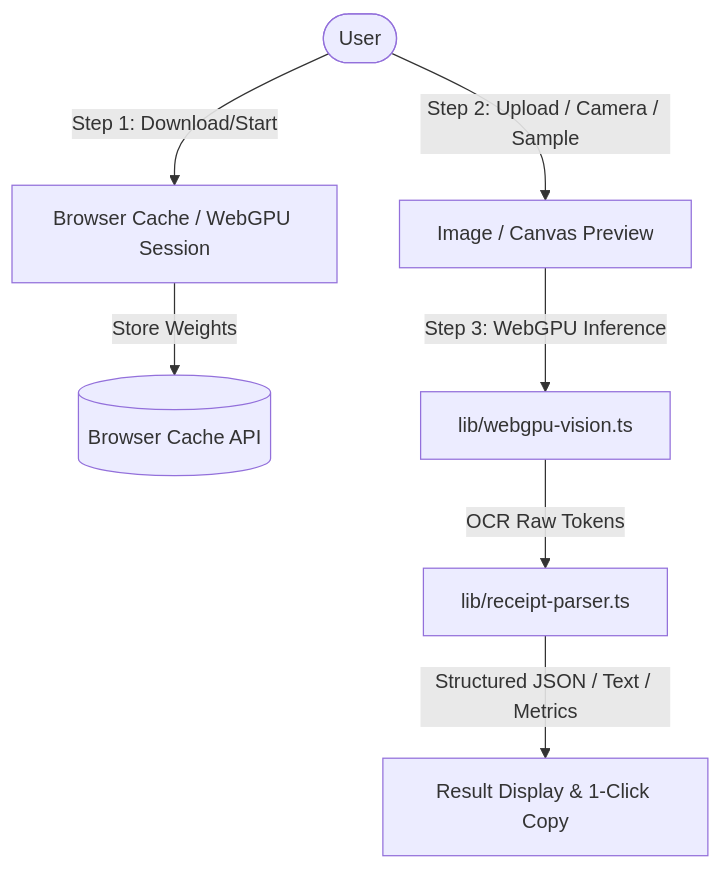
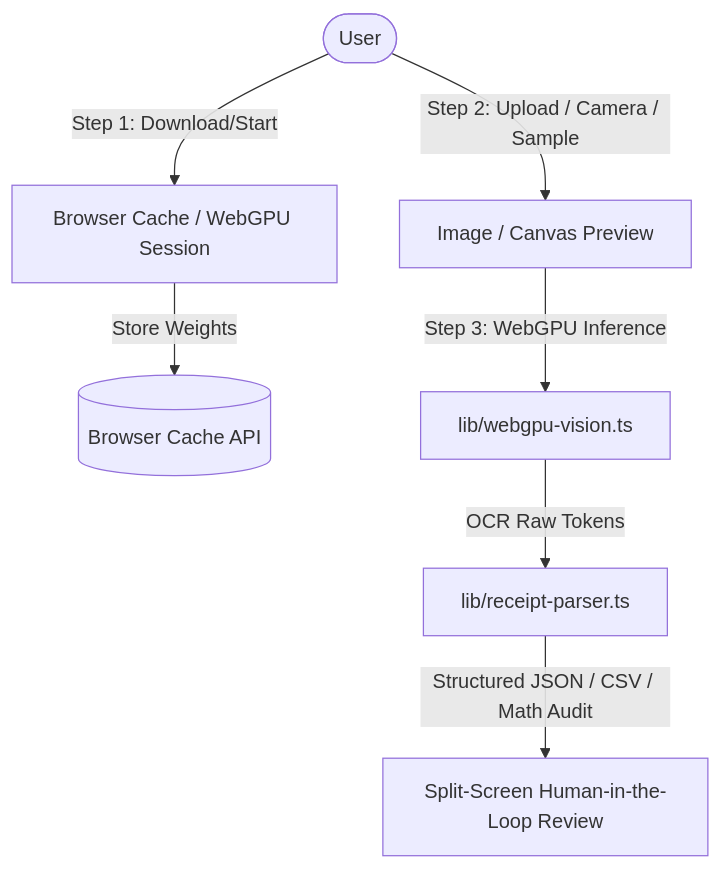
Before and after one commit to osos3lom/receiptai: the diagram in README.md, drawn with Mermaid. The commit also changed other lines of this file and 4 other files, not shown here.

````diff
--- a/README.md
+++ b/README.md
@@ -22,9 +31,9 @@
 ```mermaid
 flowchart TD
     User([User]) -->|Step 1: Download/Start| ModelInit[Browser Cache / WebGPU Session]
     ModelInit -->|Store Weights| Cache[(Browser Cache API)]
     User -->|Step 2: Upload / Camera / Sample| Canvas[Image / Canvas Preview]
     Canvas -->|Step 3: WebGPU Inference| Runner[lib/webgpu-vision.ts]
     Runner -->|OCR Raw Tokens| Parser[lib/receipt-parser.ts]
-    Parser -->|Structured JSON / Text / Metrics| Output[Result Display & 1-Click Copy]
+    Parser -->|Structured JSON / CSV / Math Audit| Output[Split-Screen Human-in-the-Loop Review]
 ```
````
